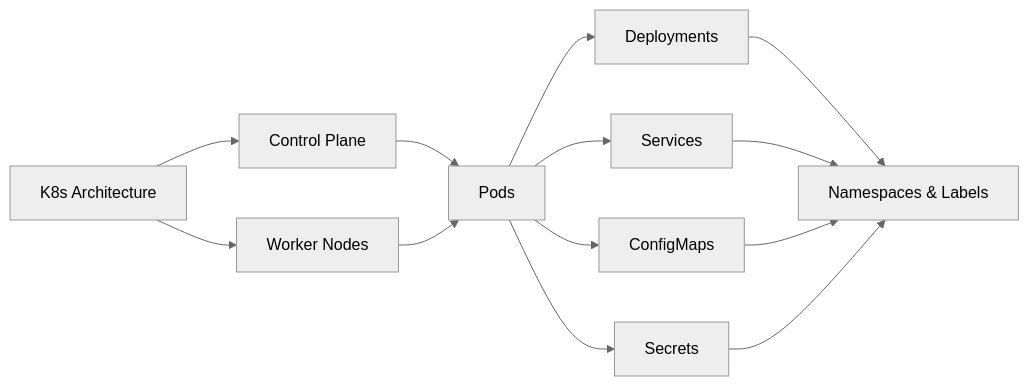
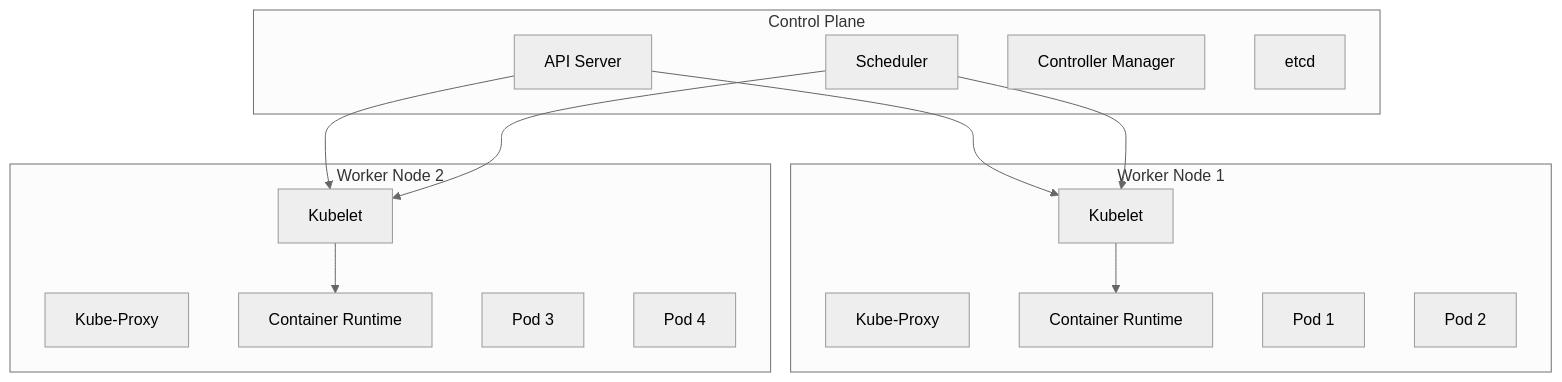
One commit to Raushan666java/ai-engineering-journey changed the diagram in docs/courses/devops/07-kubernetes.md. Above: the diagram before and after it, drawn with Mermaid (neutral theme). The commit also changed other lines of this file and 62 other files, not shown here.

````diff
--- a/docs/courses/devops/07-kubernetes.md
+++ b/docs/courses/devops/07-kubernetes.md
@@ -32,11 +34,29 @@
 ```mermaid
-flowchart LR
-    A[K8s Architecture] --> B[Control Plane]
-    A --> C[Worker Nodes]
-    B & C --> D[Pods]
-    D --> E[Deployments]
-    D --> F[Services]
-    D --> G[ConfigMaps]
-    D --> H[Secrets]
-    E & F & G & H --> I[Namespaces & Labels]
+flowchart TD
+    subgraph "Control Plane"
+        A[API Server]
+        B[Scheduler]
+        C[Controller Manager]
+        D[etcd]
+    end
+    subgraph "Worker Node 1"
+        E[Kubelet]
+        F[Kube-Proxy]
+        G[Container Runtime]
+        H[Pod 1]
+        I[Pod 2]
+    end
+    subgraph "Worker Node 2"
+        J[Kubelet]
+        K[Kube-Proxy]
+        L[Container Runtime]
+        M[Pod 3]
+        N[Pod 4]
+    end
+    A --> E
+    A --> J
+    E --> G
+    J --> L
+    B --> E
+    B --> J
 ```
````
